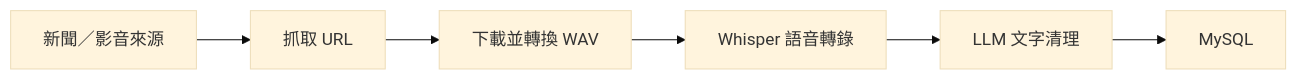
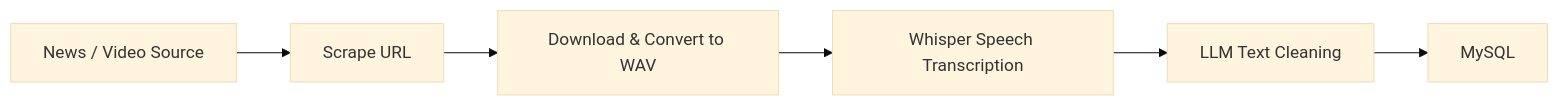
One commit to wangfuguie/MediaSentinel changed the diagram in README.md. Above: the diagram before and after it, drawn with Mermaid (base theme). The commit also changed other lines of this file, not shown here.

Commit message:
refresh readme

````diff
--- a/README.md
+++ b/README.md
@@ -52,8 +5,8 @@
 ```mermaid
 flowchart LR
-    A[新聞／影音來源] --> B[抓取 URL]
-    B --> C[下載並轉換 WAV]
-    C --> D[Whisper 語音轉錄]
-    D --> E[LLM 文字清理]
+    A[News / Video Source] --> B[Scrape URL]
+    B --> C[Download & Convert to WAV]
+    C --> D[Whisper Speech Transcription]
+    D --> E[LLM Text Cleaning]
     E --> F[MySQL]
 ```
````
